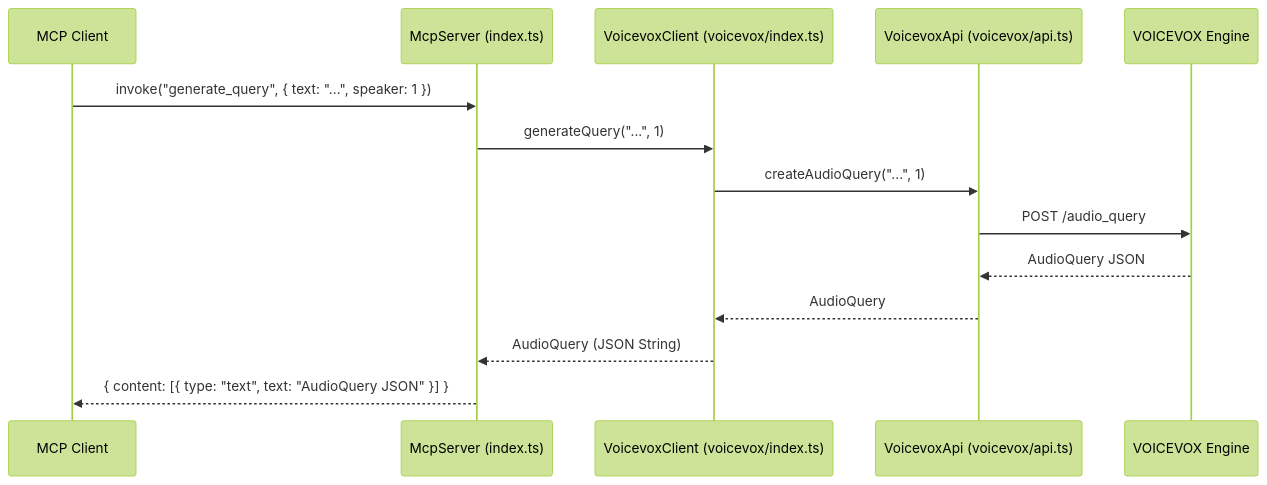
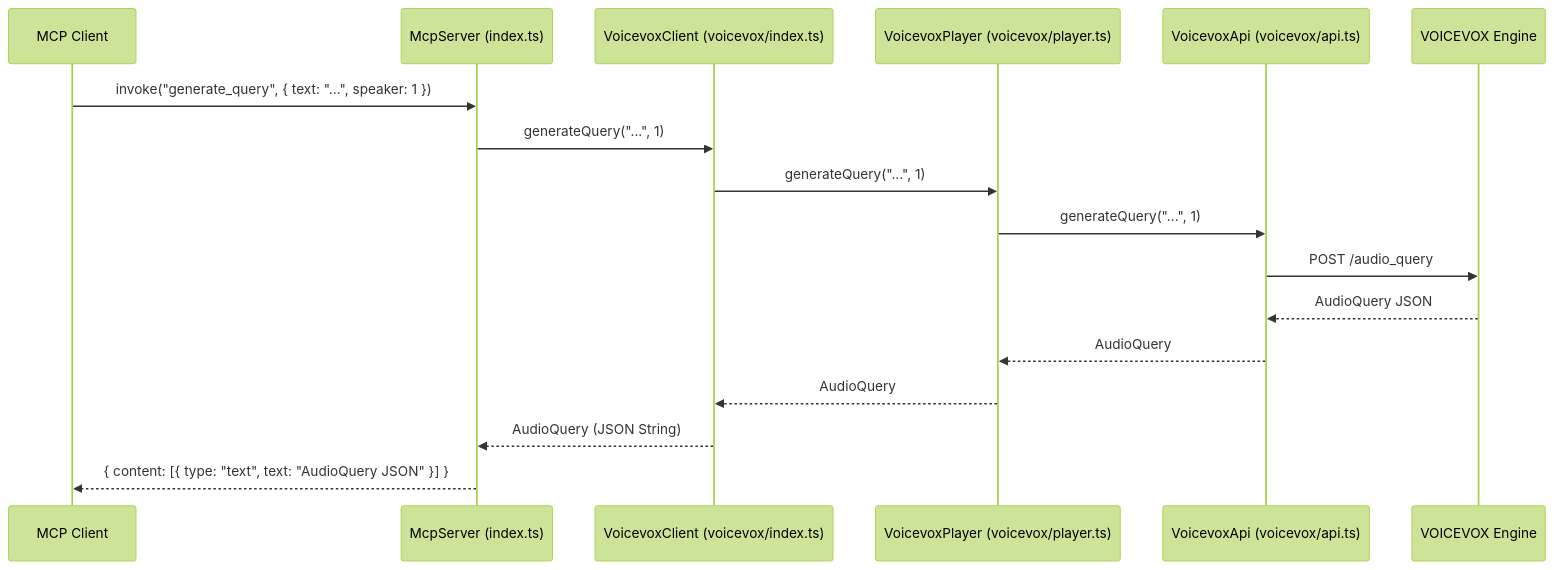
Before and after one commit to nichiki/mcp-tts-voicevox: the second of 6 diagrams in docs/diagrams.md, drawn with Mermaid (forest theme). The commit also changed other lines of this file and 14 other files, not shown here.

````diff
--- a/docs/diagrams.md
+++ b/docs/diagrams.md
@@ -51,17 +63,20 @@
 ```mermaid
 sequenceDiagram
     participant Client as MCP Client
     participant Server as McpServer (index.ts)
     participant VClient as VoicevoxClient (voicevox/index.ts)
+    participant VPlayer as VoicevoxPlayer (voicevox/player.ts)
     participant VApi as VoicevoxApi (voicevox/api.ts)
     participant Engine as VOICEVOX Engine
 
     Client->>Server: invoke("generate_query", { text: "...", speaker: 1 })
     Server->>VClient: generateQuery("...", 1)
-    VClient->>VApi: createAudioQuery("...", 1)
+    VClient->>VPlayer: generateQuery("...", 1)
+    VPlayer->>VApi: generateQuery("...", 1)
     VApi->>Engine: POST /audio_query
     Engine-->>VApi: AudioQuery JSON
-    VApi-->>VClient: AudioQuery
+    VApi-->>VPlayer: AudioQuery
+    VPlayer-->>VClient: AudioQuery
     VClient-->>Server: AudioQuery (JSON String)
     Server-->>Client: { content: [{ type: "text", text: "AudioQuery JSON" }] }
 ```
````
